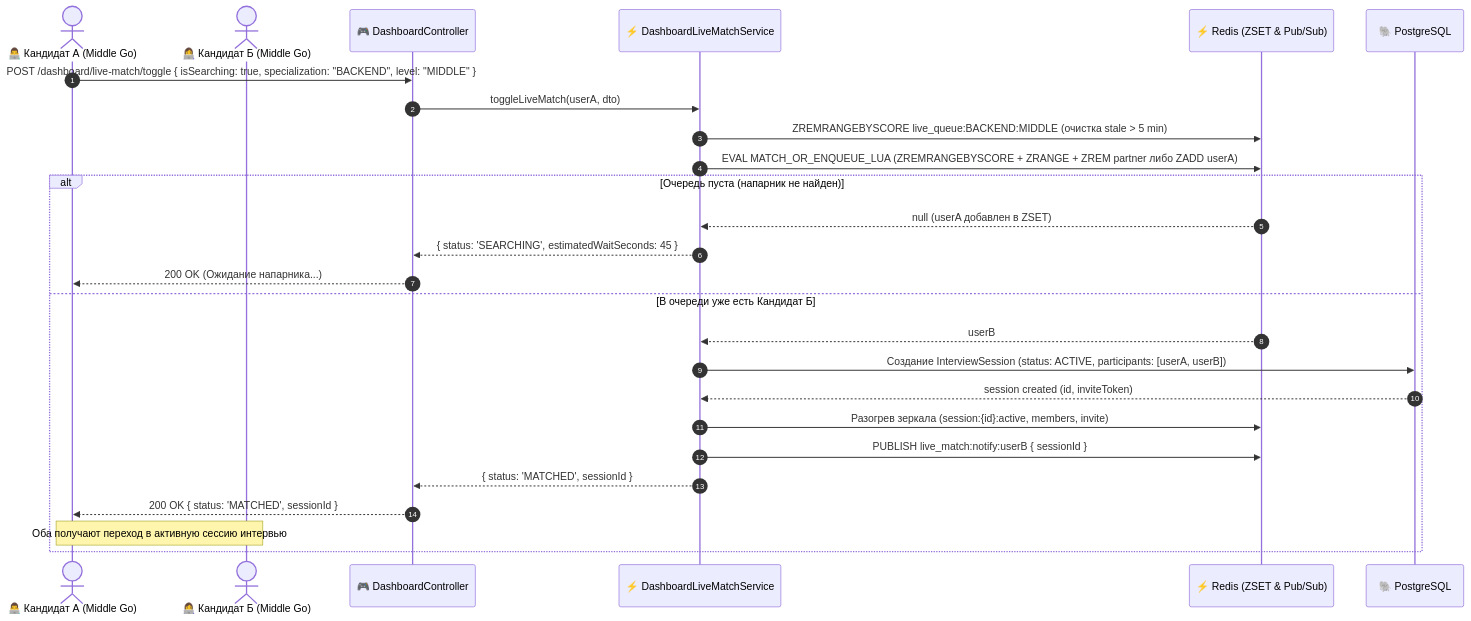
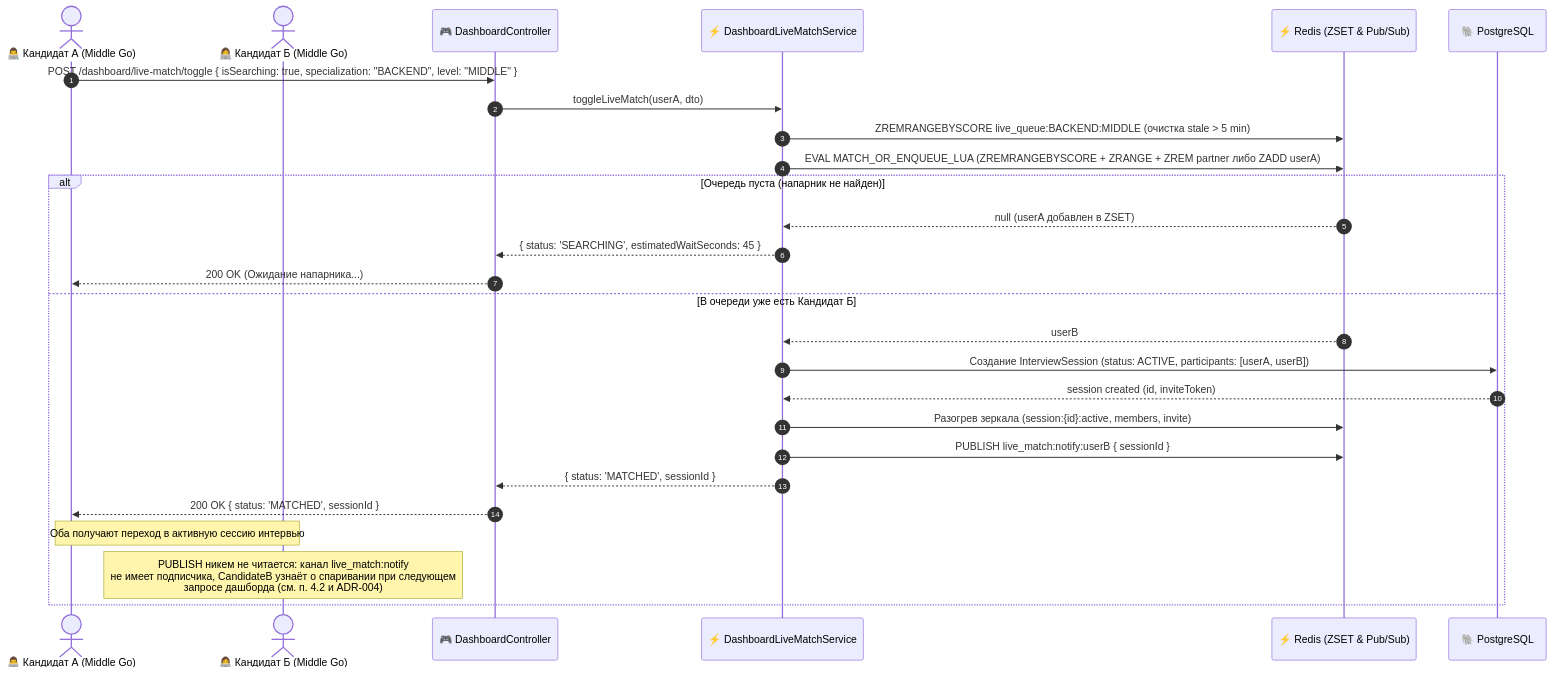
One commit to Riko4502/MockInterviewAI changed the second of 2 diagrams in docs/tasks/dashboard-api.md. Above: the diagram before and after it, drawn with Mermaid. The commit also changed other lines of this file and 253 other files, not shown here.

````diff
--- a/docs/tasks/dashboard-api.md
+++ b/docs/tasks/dashboard-api.md
@@ -104,29 +104,30 @@
 ```mermaid
 sequenceDiagram
     autonumber
     actor CandidateA as 👨‍💻 Кандидат А (Middle Go)
     actor CandidateB as 👩‍💻 Кандидат Б (Middle Go)
     participant Ctrl as 🎮 DashboardController
     participant LMSvc as ⚡ DashboardLiveMatchService
     participant Redis as ⚡ Redis (ZSET & Pub/Sub)
     participant DB as 🐘 PostgreSQL
 
     CandidateA->>Ctrl: POST /dashboard/live-match/toggle { isSearching: true, specialization: "BACKEND", level: "MIDDLE" }
     Ctrl->>LMSvc: toggleLiveMatch(userA, dto)
     LMSvc->>Redis: ZREMRANGEBYSCORE live_queue:BACKEND:MIDDLE (очистка stale > 5 min)
     LMSvc->>Redis: EVAL MATCH_OR_ENQUEUE_LUA (ZREMRANGEBYSCORE + ZRANGE + ZREM partner либо ZADD userA)
     alt Очередь пуста (напарник не найден)
         Redis-->>LMSvc: null (userA добавлен в ZSET)
         LMSvc-->>Ctrl: { status: 'SEARCHING', estimatedWaitSeconds: 45 }
         Ctrl-->>CandidateA: 200 OK (Ожидание напарника...)
     else В очереди уже есть Кандидат Б
         Redis-->>LMSvc: userB
         LMSvc->>DB: Создание InterviewSession (status: ACTIVE, participants: [userA, userB])
         DB-->>LMSvc: session created (id, inviteToken)
         LMSvc->>Redis: Разогрев зеркала (session:{id}:active, members, invite)
         LMSvc->>Redis: PUBLISH live_match:notify:userB { sessionId }
         LMSvc-->>Ctrl: { status: 'MATCHED', sessionId }
         Ctrl-->>CandidateA: 200 OK { status: 'MATCHED', sessionId }
         Note over CandidateA, CandidateB: Оба получают переход в активную сессию интервью
+        Note over CandidateB: PUBLISH никем не читается: канал live_match:notify<br/>не имеет подписчика, CandidateB узнаёт о спаривании при следующем<br/>запросе дашборда (см. п. 4.2 и ADR-004)
     end
 ```
````
